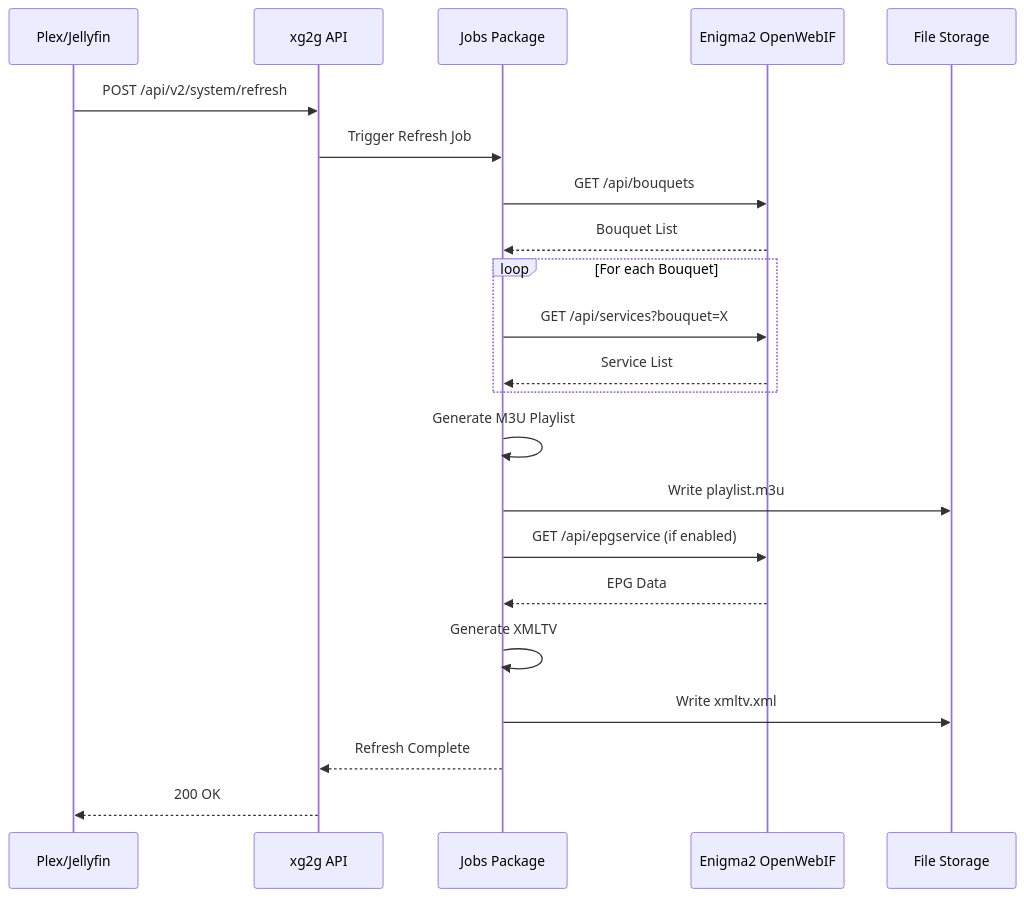
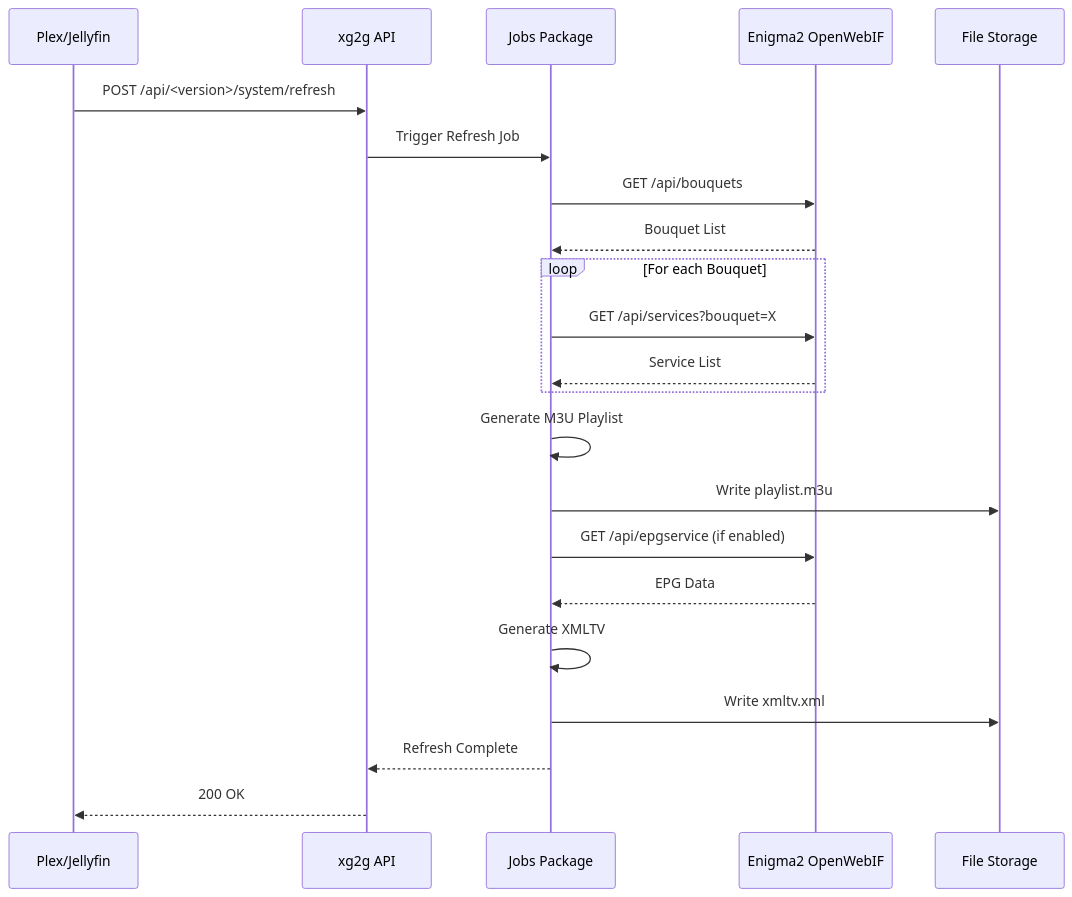
The fourth of 4 diagrams in docs/ARCHITECTURE.md (ManuGH/xg2g), drawn with Mermaid before and after one commit. The commit also changed other lines of this file and 49 other files, not shown here.

````diff
--- a/docs/ARCHITECTURE.md
+++ b/docs/ARCHITECTURE.md
@@ -219,25 +219,25 @@
 ```mermaid
 sequenceDiagram
     participant Client as Plex/Jellyfin
     participant API as xg2g API
     participant Jobs as Jobs Package
     participant OWI as Enigma2 OpenWebIF
     participant Storage as File Storage
 
-    Client->>API: POST /api/v2/system/refresh
+    Client->>API: POST /api/<version>/system/refresh
     API->>Jobs: Trigger Refresh Job
     Jobs->>OWI: GET /api/bouquets
     OWI-->>Jobs: Bouquet List
     loop For each Bouquet
         Jobs->>OWI: GET /api/services?bouquet=X
         OWI-->>Jobs: Service List
     end
     Jobs->>Jobs: Generate M3U Playlist
     Jobs->>Storage: Write playlist.m3u
     Jobs->>OWI: GET /api/epgservice (if enabled)
     OWI-->>Jobs: EPG Data
     Jobs->>Jobs: Generate XMLTV
     Jobs->>Storage: Write xmltv.xml
     Jobs-->>API: Refresh Complete
     API-->>Client: 200 OK
 ```
````
